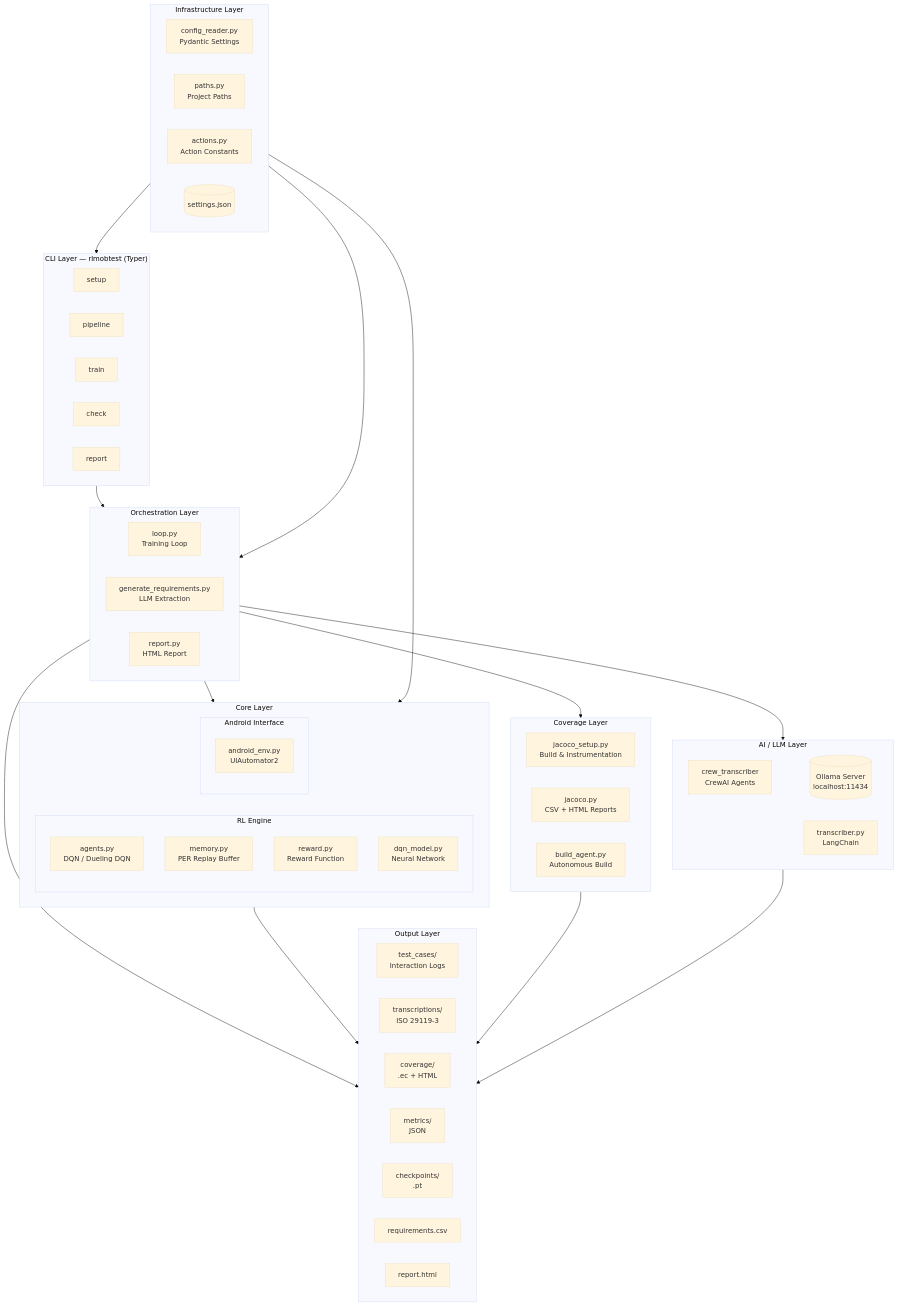
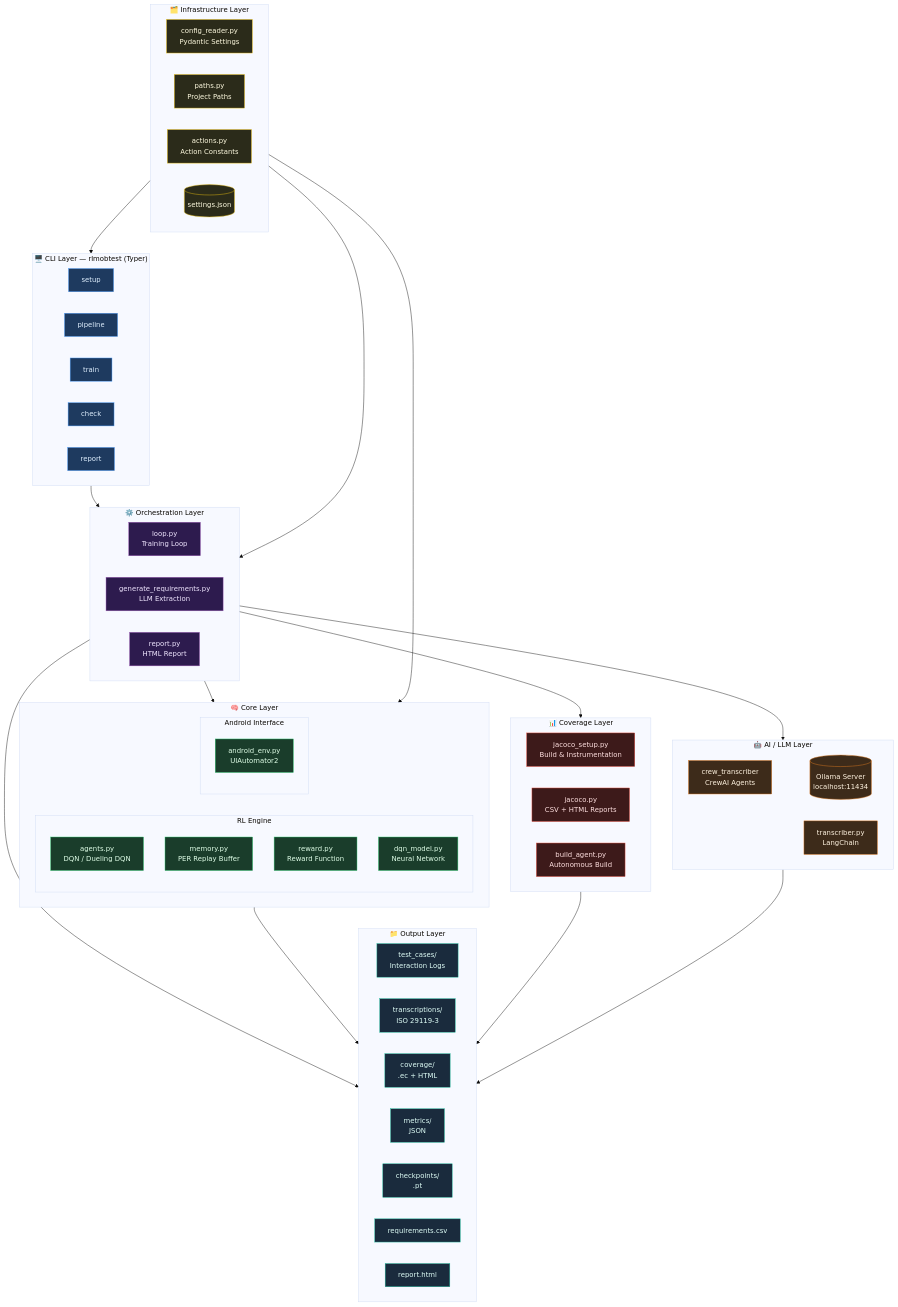
The diagram in README.md (mateusluizz/rlmobtest-icomp), drawn with Mermaid (base theme) before and after one commit.

Commit message:
docs: adiciona cores por camada no diagrama Mermaid do README

````diff
--- a/README.md
+++ b/README.md
@@ -40,6 +40,6 @@
 ```mermaid
 graph TB
-    subgraph CLI["CLI Layer — rlmobtest (Typer)"]
+    subgraph CLI["🖥️ CLI Layer — rlmobtest (Typer)"]
         direction LR
         setup["setup"]
         pipeline["pipeline"]
@@ -48,14 +48,14 @@
         report["report"]
     end
 
-    subgraph Orchestration["Orchestration Layer"]
+    subgraph Orchestration["⚙️ Orchestration Layer"]
         direction LR
         loop["loop.py\nTraining Loop"]
         gen_req["generate_requirements.py\nLLM Extraction"]
         report_gen["report.py\nHTML Report"]
     end
 
-    subgraph Core["Core Layer"]
+    subgraph Core["🧠 Core Layer"]
         direction LR
         subgraph RL["RL Engine"]
             agents["agents.py\nDQN / Dueling DQN"]
@@ -68,21 +68,21 @@
         end
     end
 
-    subgraph AI["AI / LLM Layer"]
+    subgraph AI["🤖 AI / LLM Layer"]
         direction LR
         crew["crew_transcriber\nCrewAI Agents"]
         transcriber["transcriber.py\nLangChain"]
         ollama[("Ollama Server\nlocalhost:11434")]
     end
 
-    subgraph Coverage["Coverage Layer"]
+    subgraph Coverage["📊 Coverage Layer"]
         direction LR
         jacoco_setup["jacoco_setup.py\nBuild & Instrumentation"]
         jacoco["jacoco.py\nCSV + HTML Reports"]
         build_agent["build_agent.py\nAutonomous Build"]
     end
 
-    subgraph Infra["Infrastructure Layer"]
+    subgraph Infra["🗂️ Infrastructure Layer"]
         direction LR
         config_reader["config_reader.py\nPydantic Settings"]
         paths["paths.py\nProject Paths"]
@@ -90,7 +90,7 @@
         settings[("settings.json")]
     end
 
-    subgraph Output["Output Layer"]
+    subgraph Output["📁 Output Layer"]
         direction LR
         test_cases["test_cases/\nInteraction Logs"]
         transcriptions["transcriptions/\nISO 29119-3"]
@@ -113,4 +113,20 @@
     Infra --> CLI
     Infra --> Orchestration
     Infra --> Core
+
+    classDef cliStyle    fill:#1e3a5f,stroke:#4a9eff,color:#e0f0ff
+    classDef orchStyle   fill:#2d1b4e,stroke:#9b59b6,color:#f0e6ff
+    classDef coreStyle   fill:#1a3d2b,stroke:#2ecc71,color:#e0ffe8
+    classDef aiStyle     fill:#3d2b1a,stroke:#e67e22,color:#fff3e0
+    classDef covStyle    fill:#3d1a1a,stroke:#e74c3c,color:#ffe0e0
+    classDef infraStyle  fill:#2b2b1a,stroke:#f1c40f,color:#fffbe0
+    classDef outputStyle fill:#1a2b3d,stroke:#1abc9c,color:#e0fff8
+
+    class setup,pipeline,train,check,report cliStyle
+    class loop,gen_req,report_gen orchStyle
+    class agents,memory,reward,dqn,android_env coreStyle
+    class crew,transcriber,ollama aiStyle
+    class jacoco_setup,jacoco,build_agent covStyle
+    class config_reader,paths,actions_const,settings infraStyle
+    class test_cases,transcriptions,cov_out,metrics_out,ckpt,req_csv,html_out outputStyle
 ```
````
